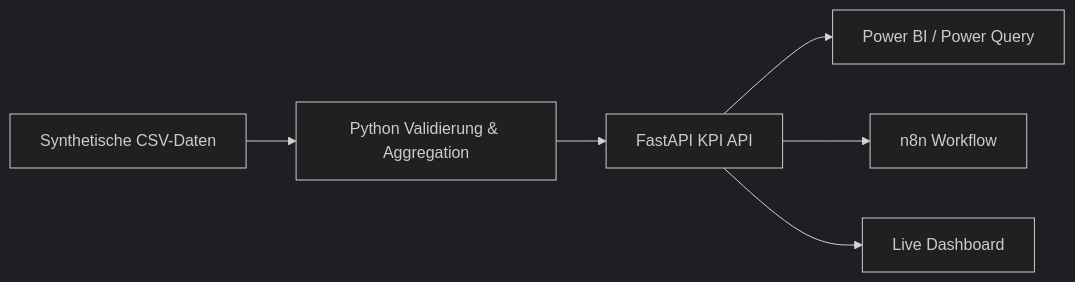
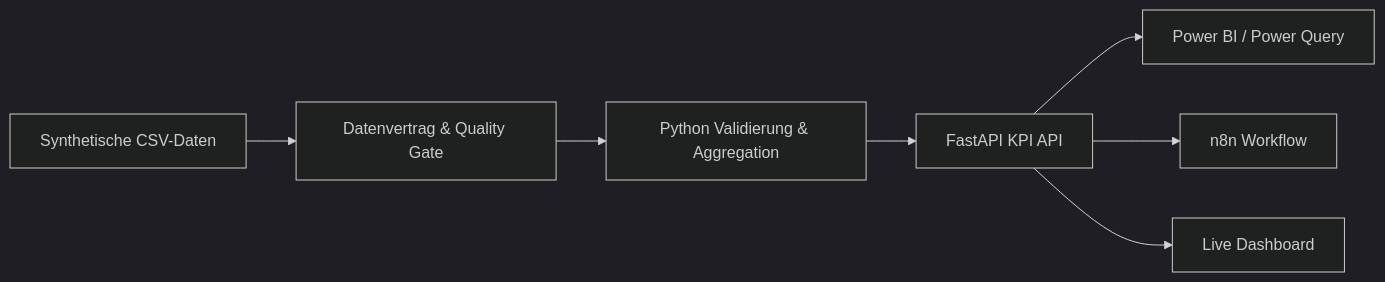
The diagram in README.md (leonwwest/operations-kpi-automation-demo), drawn with Mermaid (dark theme) before and after one commit. The commit also changed other lines of this file and 9 other files, not shown here.

````diff
--- a/README.md
+++ b/README.md
@@ -35,8 +38,9 @@
 ```mermaid
 flowchart LR
-    CSV["Synthetische CSV-Daten"] --> PY["Python Validierung & Aggregation"]
+    CSV["Synthetische CSV-Daten"] --> CONTRACT["Datenvertrag & Quality Gate"]
+    CONTRACT --> PY["Python Validierung & Aggregation"]
     PY --> API["FastAPI KPI API"]
     API --> BI["Power BI / Power Query"]
     API --> N8N["n8n Workflow"]
     API --> WEB["Live Dashboard"]
 ```
````
